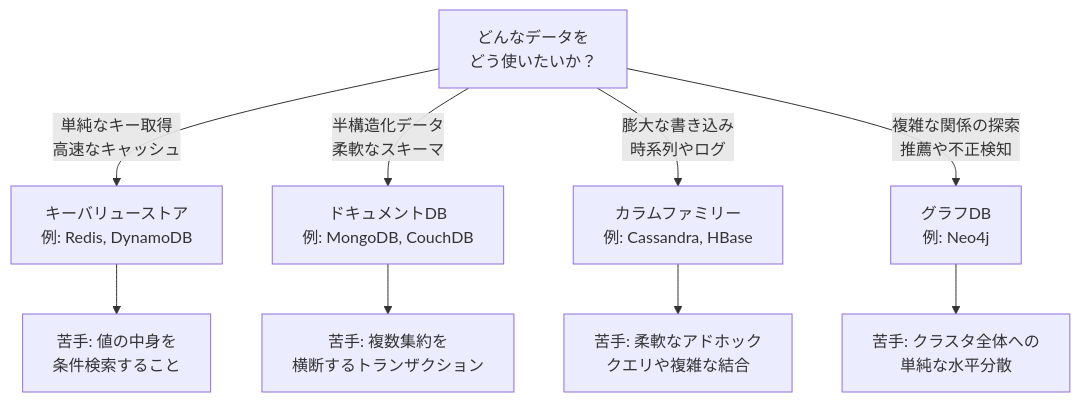
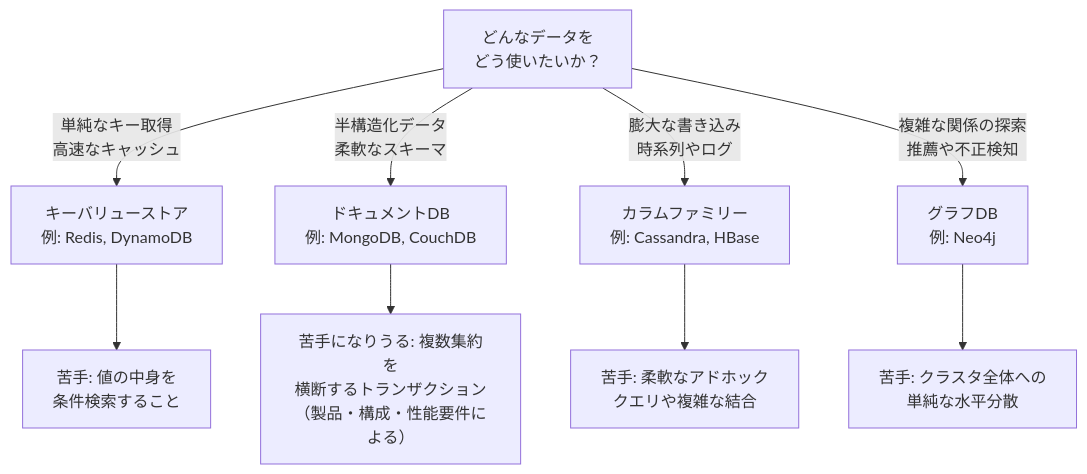
One commit to myoshi2891/Software-Design-and-Architecture changed diagram 11 of 16 in Nosql-distilled-guide.md. Above: the diagram before and after it, drawn with Mermaid. The commit also changed other lines of this file, not shown here.

````diff
--- a/Nosql-distilled-guide.md
+++ b/Nosql-distilled-guide.md
@@ -574,12 +574,12 @@
 ```mermaid
 flowchart TD
     Q["どんなデータを<br/>どう使いたいか？"]
     Q -->|"単純なキー取得<br/>高速なキャッシュ"| KV["キーバリューストア<br/>例: Redis, DynamoDB"]
     Q -->|"半構造化データ<br/>柔軟なスキーマ"| Doc["ドキュメントDB<br/>例: MongoDB, CouchDB"]
     Q -->|"膨大な書き込み<br/>時系列やログ"| Col["カラムファミリー<br/>例: Cassandra, HBase"]
     Q -->|"複雑な関係の探索<br/>推薦や不正検知"| Graph["グラフDB<br/>例: Neo4j"]
     KV --> KVng["苦手: 値の中身を<br/>条件検索すること"]
-    Doc --> Docng["苦手: 複数集約を<br/>横断するトランザクション"]
+    Doc --> Docng["苦手になりうる: 複数集約を<br/>横断するトランザクション<br/>（製品・構成・性能要件による）"]
     Col --> Colng["苦手: 柔軟なアドホック<br/>クエリや複雑な結合"]
     Graph --> Graphng["苦手: クラスタ全体への<br/>単純な水平分散"]
 ```
````
